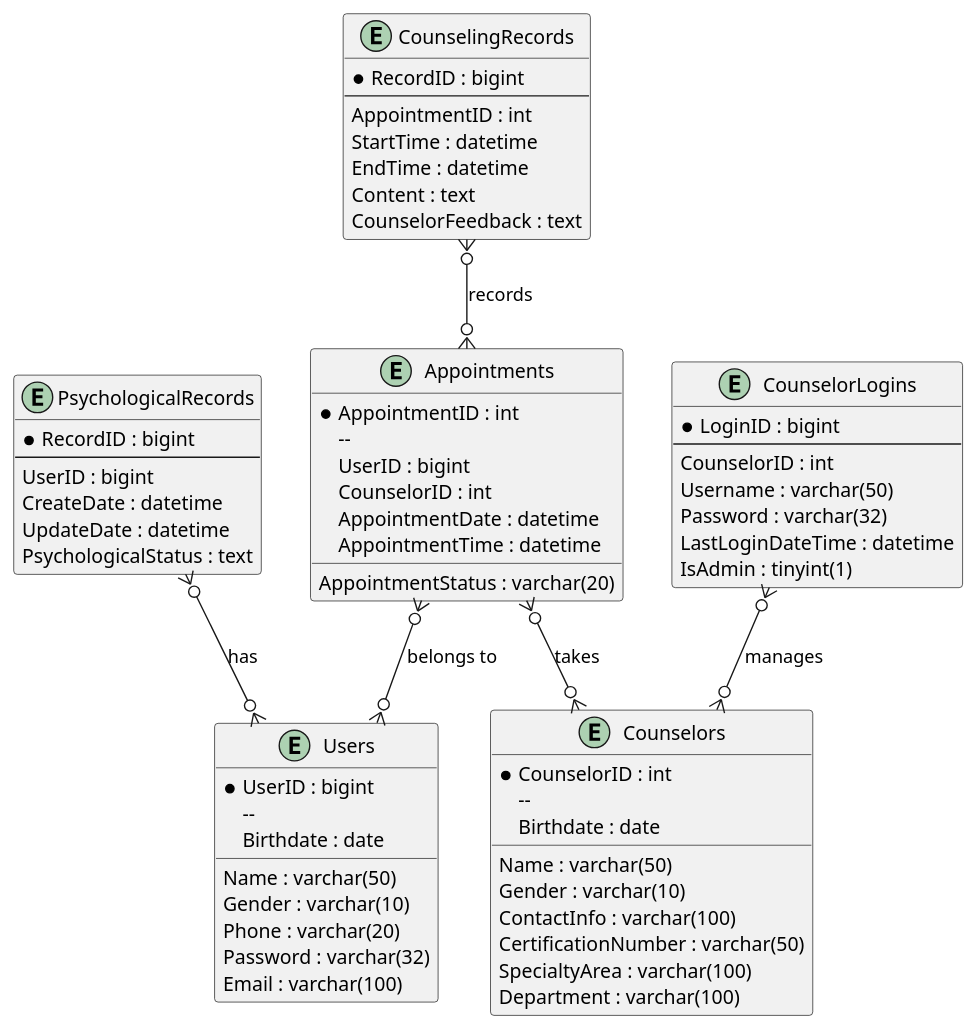
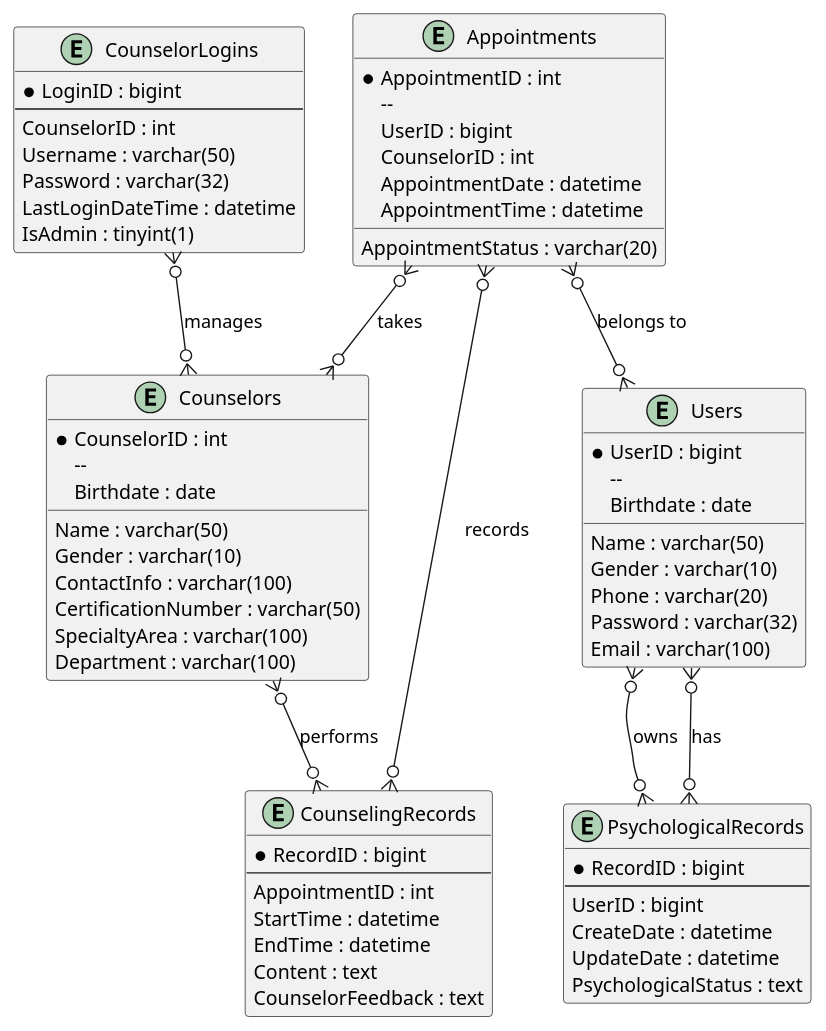
The diagram in sql/er.puml (icecream8086/node), drawn with PlantUML before and after one commit.

```diff
--- a/sql/er.puml
+++ b/sql/er.puml
@@ -1,69 +1,71 @@
 @startuml
 entity "Appointments" {
   * AppointmentID : int
   -- 
   UserID : bigint
   CounselorID : int
   AppointmentDate : datetime
   AppointmentTime : datetime
   AppointmentStatus : varchar(20)
 }
 
 entity "Users" {
   * UserID : bigint
   -- 
   Name : varchar(50)
   Gender : varchar(10)
   Birthdate : date
   Phone : varchar(20)
   Password : varchar(32)
   Email : varchar(100)
 }
 
 entity "Counselors" {
   * CounselorID : int
   -- 
   Name : varchar(50)
   Gender : varchar(10)
   Birthdate : date
   ContactInfo : varchar(100)
   CertificationNumber : varchar(50)
   SpecialtyArea : varchar(100)
   Department : varchar(100)
 }
 
 entity "CounselingRecords" {
   * RecordID : bigint
   --
   AppointmentID : int
   StartTime : datetime
   EndTime : datetime
   Content : text
   CounselorFeedback : text
 }
 
 entity "CounselorLogins" {
   * LoginID : bigint
   --
   CounselorID : int
   Username : varchar(50)
   Password : varchar(32)
   LastLoginDateTime : datetime
   IsAdmin : tinyint(1)
 }
 
 entity "PsychologicalRecords" {
   * RecordID : bigint
   --
   UserID : bigint
   CreateDate : datetime
   UpdateDate : datetime
   PsychologicalStatus : text
 }
 
 Appointments }o--o{ Users : "belongs to"
 Appointments }o--o{ Counselors : "takes"
 CounselingRecords }o--o{ Appointments : "records"
 CounselorLogins }o--o{ Counselors : "manages"
 PsychologicalRecords }o--o{ Users : "has"
+Users }o--o{ PsychologicalRecords : "owns"
+Counselors }o--o{ CounselingRecords : "performs"
 @enduml
```
